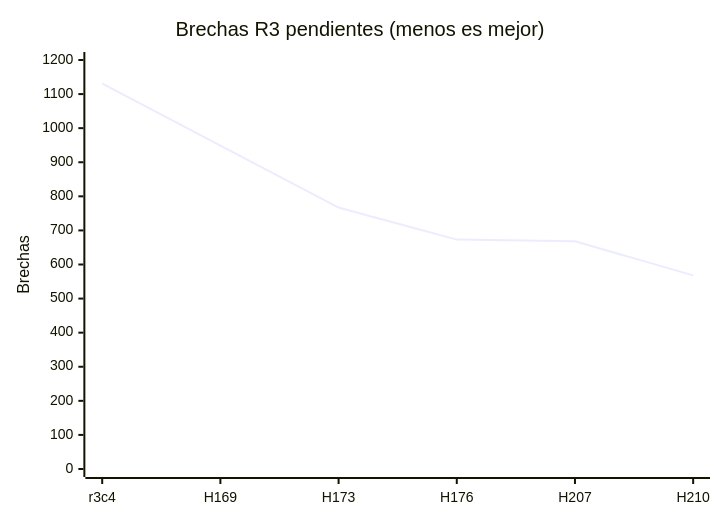
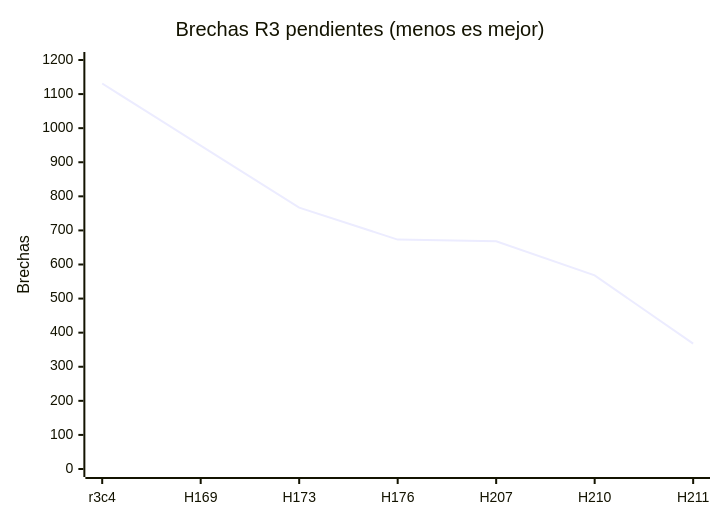
One commit to jmbigi/thinker changed the first of 2 diagrams in README.md. Above: the diagram before and after it, drawn with Mermaid. The commit also changed other lines of this file and 7 other files, not shown here.

````diff
--- a/README.md
+++ b/README.md
@@ -401,7 +401,7 @@
 ```mermaid
 xychart-beta
     title "Brechas R3 pendientes (menos es mejor)"
-    x-axis ["r3c4", "H169", "H173", "H176", "H207", "H210"]
+    x-axis ["r3c4", "H169", "H173", "H176", "H207", "H210", "H211"]
     y-axis "Brechas" 0 --> 1200
-    line [1131, 949, 767, 673, 668, 568]
+    line [1131, 949, 767, 673, 668, 568, 368]
 ```
````
